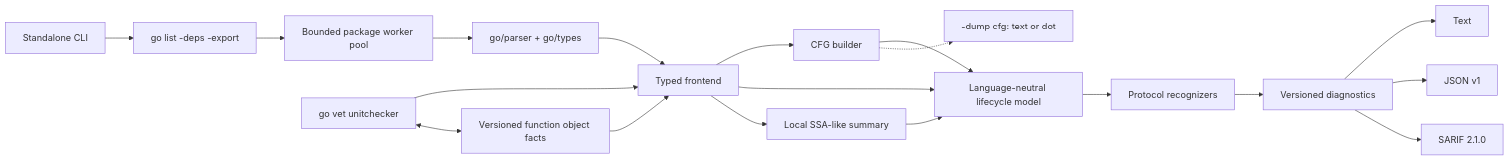
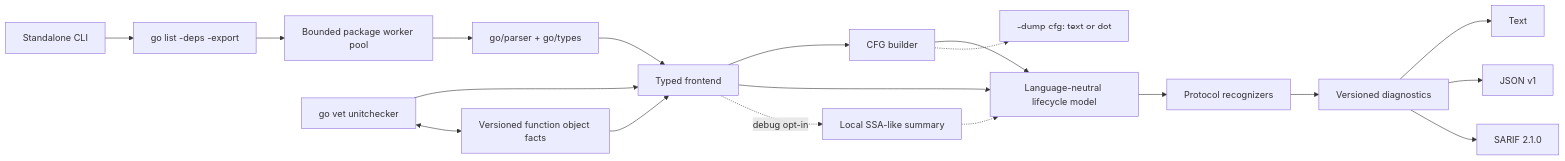
The diagram in docs/architecture.md (grigoryfedyukovich/lifeline), drawn with Mermaid before and after one commit. The commit also changed other lines of this file and 10 other files, not shown here.

Commit message:
make local SSA-like IR construction opt-in to reduce frontend analysis overhead

````diff
--- a/docs/architecture.md
+++ b/docs/architecture.md
@@ -3,21 +3,21 @@
 ```mermaid
 flowchart LR
     CLI[Standalone CLI] --> GL[go list -deps -export]
     GL --> POOL[Bounded package worker pool]
     POOL --> PARSE[go/parser + go/types]
     VET[go vet unitchecker] --> FE[Typed frontend]
     PARSE --> FE
     FE --> CFGB[CFG builder]
     CFGB --> MODEL[Language-neutral lifecycle model]
     FE --> MODEL
-    FE --> SSA[Local SSA-like summary]
-    SSA --> MODEL
+    FE -. debug opt-in .-> SSA[Local SSA-like summary]
+    SSA -.-> MODEL
     MODEL --> ENG[Protocol recognizers]
     ENG --> DIAG[Versioned diagnostics]
     DIAG --> TEXT[Text]
     DIAG --> JSON[JSON v1]
     DIAG --> SARIF[SARIF 2.1.0]
     VET <--> FACT[Versioned function object facts]
     FACT --> FE
     CFGB -.-> CFGDUMP[-dump cfg: text or dot]
 ```
````
